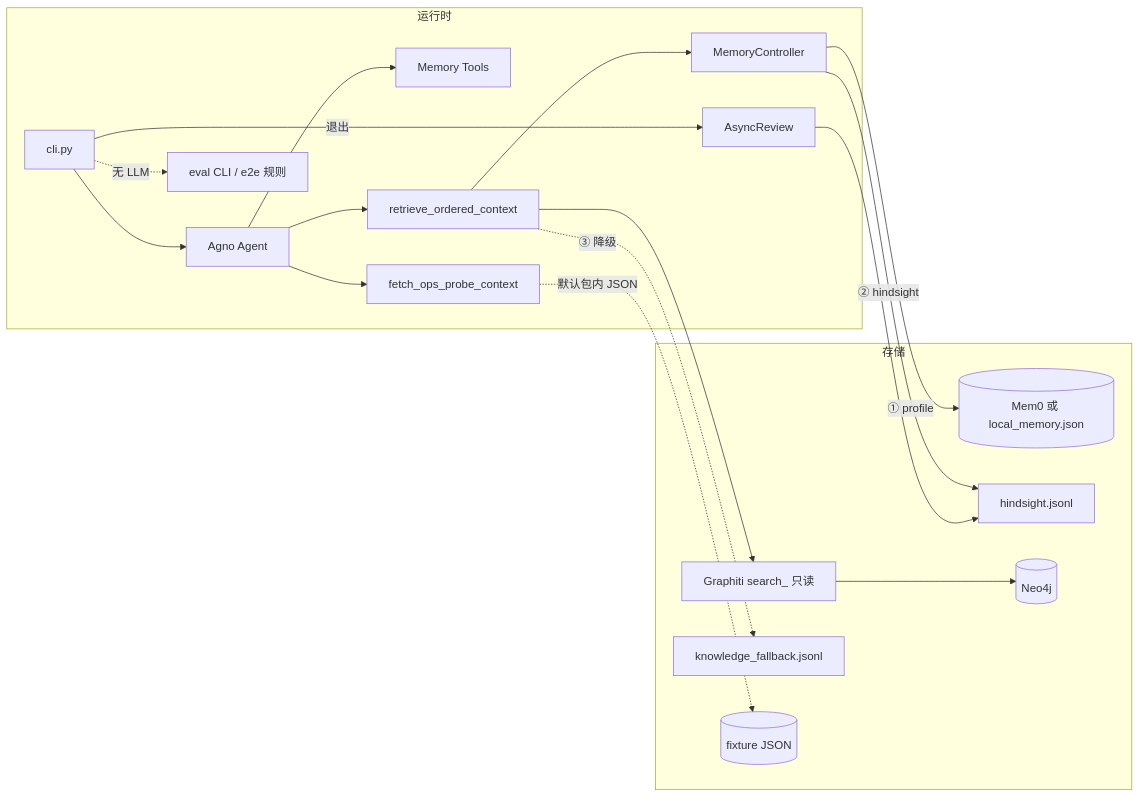
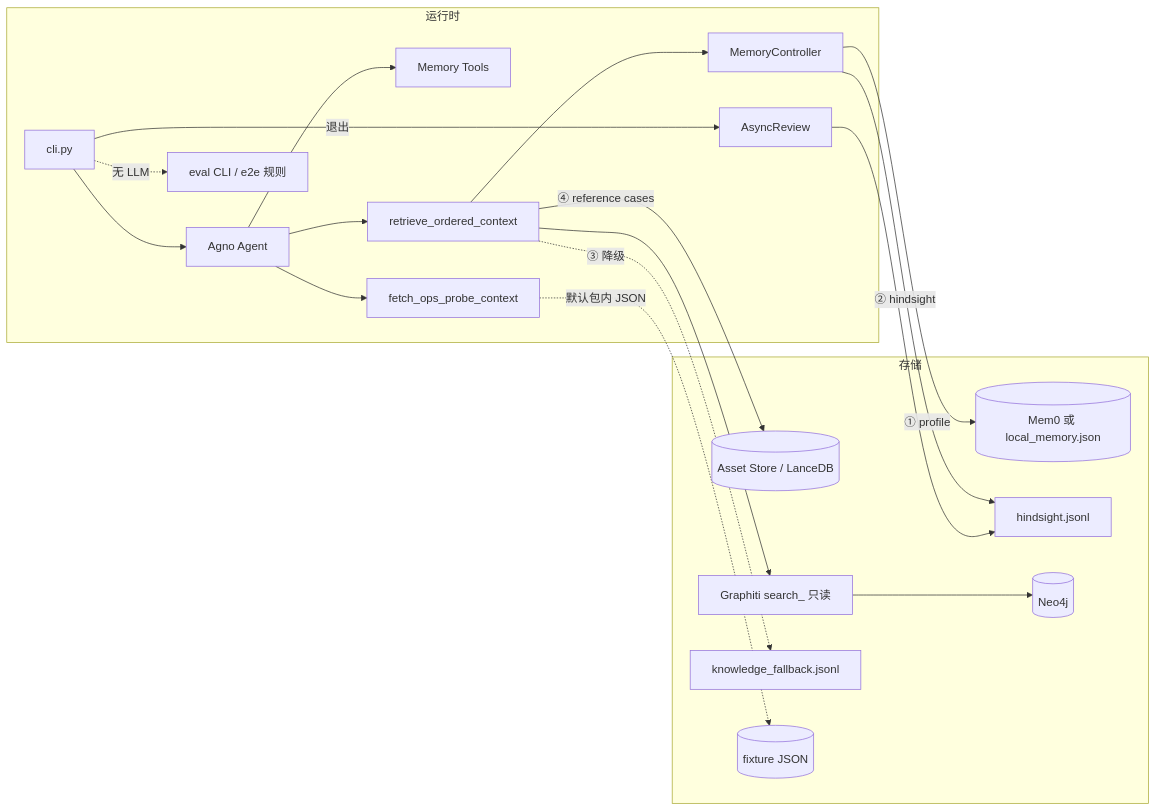
Before and after one commit to imanity0421/ops-stack: the diagram in ops-agent/docs/ARCHITECTURE.md, drawn with Mermaid. The commit also changed other lines of this file and 19 other files, not shown here.

First line of the commit message:
ops-agent: asset store, skill compliance, memory and docs updates

````diff
--- a/ops-agent/docs/ARCHITECTURE.md
+++ b/ops-agent/docs/ARCHITECTURE.md
@@ -5,35 +5,37 @@
 ```mermaid
 flowchart LR
   subgraph Runtime["运行时"]
     CLI[cli.py]
     A[Agno Agent]
     T[Memory Tools]
     R[retrieve_ordered_context]
     P[fetch_ops_probe_context]
     MC[MemoryController]
     AR[AsyncReview]
     EV[eval CLI / e2e 规则]
   end
   subgraph Storage["存储"]
     M[(Mem0 或 local_memory.json)]
     H[hindsight.jsonl]
+    S[(Asset Store / LanceDB)]
     G[Graphiti search_ 只读]
     N[(Neo4j)]
     F[knowledge_fallback.jsonl]
     X[(fixture JSON)]
   end
   CLI --> A
   A --> T
   A --> R
   A --> P
   P -.->|默认包内 JSON| X
   R --> MC
   MC -->|① profile| M
   MC -->|② hindsight| H
+  R -->|④ reference cases| S
   R --> G
   G --> N
   R -.->|③ 降级| F
   CLI -->|退出| AR
   AR --> H
   CLI -.->|无 LLM| EV
 ```
````
